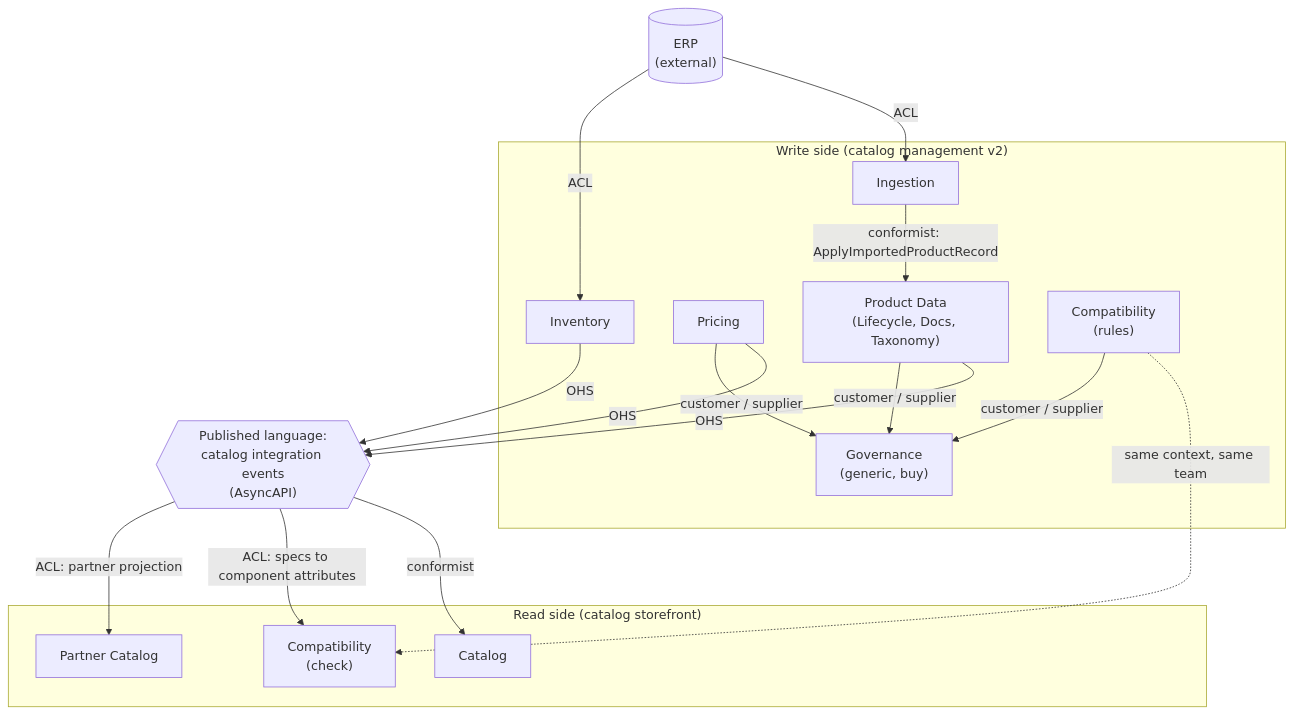
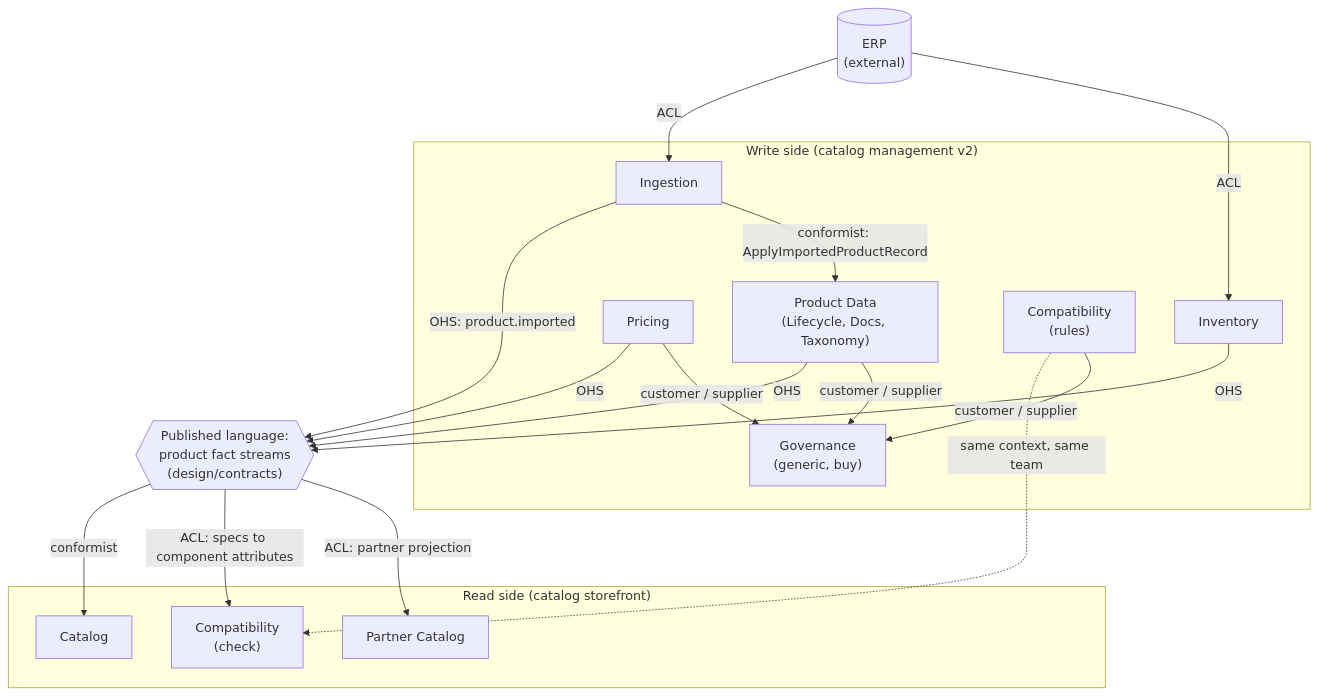
One commit to cjjohansen/drone-web changed the diagram in design/strategy/architecture-for-flow/subdomains-and-contexts.md. Above: the diagram before and after it, drawn with Mermaid. The commit also changed other lines of this file and 7 other files, not shown here.

First line of the commit message:
Product event contracts: source-aligned fact streams in design/contracts

````diff
--- a/design/strategy/architecture-for-flow/subdomains-and-contexts.md
+++ b/design/strategy/architecture-for-flow/subdomains-and-contexts.md
@@ -72,32 +78,33 @@
 ```mermaid
 flowchart TB
   subgraph write["Write side (catalog management v2)"]
     PD["Product Data<br/>(Lifecycle, Docs, Taxonomy)"]
     PR["Pricing"]
     INV["Inventory"]
     CR["Compatibility<br/>(rules)"]
     GOV["Governance<br/>(generic, buy)"]
     ING["Ingestion"]
   end
   subgraph read["Read side (catalog storefront)"]
     CAT["Catalog"]
     CC["Compatibility<br/>(check)"]
     PC["Partner Catalog"]
   end
   ERP[("ERP<br/>(external)")]
-  PL{{"Published language:<br/>catalog integration events<br/>(AsyncAPI)"}}
+  PL{{"Published language:<br/>product fact streams<br/>(design/contracts)"}}
 
   PD -- "OHS" --> PL
   PR -- "OHS" --> PL
   INV -- "OHS" --> PL
+  ING -- "OHS: product.imported" --> PL
   PL -- "conformist" --> CAT
   PL -- "ACL: specs to component attributes" --> CC
   PL -- "ACL: partner projection" --> PC
   CR -. "same context, same team" .-> CC
   PR -- "customer / supplier" --> GOV
   CR -- "customer / supplier" --> GOV
   PD -- "customer / supplier" --> GOV
   ING -- "conformist: ApplyImportedProductRecord" --> PD
   ERP -- "ACL" --> ING
   ERP -- "ACL" --> INV
 ```
````
